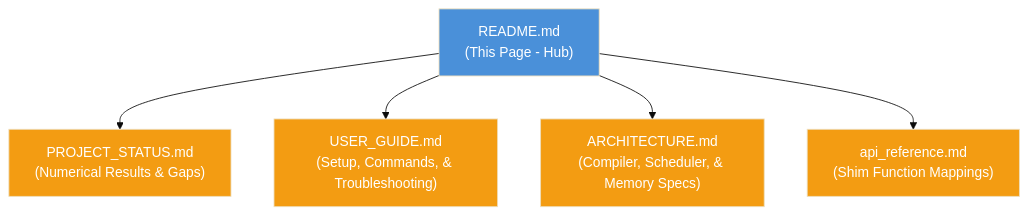
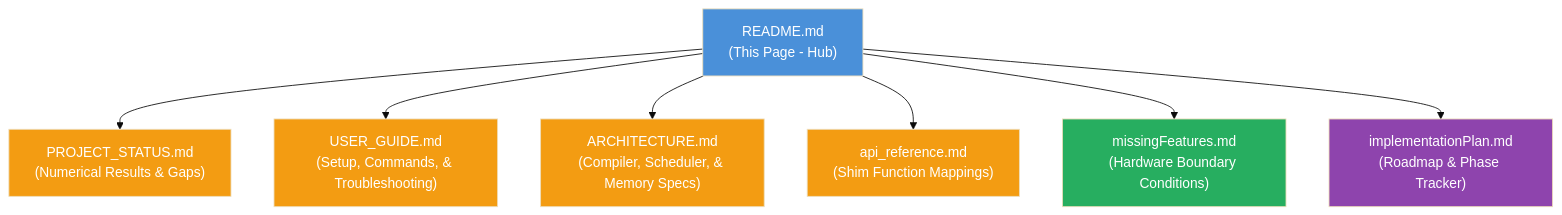
The diagram in docs/README.md (etienne0114/vgre), drawn with Mermaid (base theme) before and after one commit. The commit also changed other lines of this file and 16 other files, not shown here.

````diff
--- a/docs/README.md
+++ b/docs/README.md
@@ -11,13 +11,17 @@
 ```mermaid
 graph TD
     A["README.md\n(This Page - Hub)"] --> B["PROJECT_STATUS.md\n(Numerical Results & Gaps)"]
     A --> C["USER_GUIDE.md\n(Setup, Commands, & Troubleshooting)"]
     A --> D["ARCHITECTURE.md\n(Compiler, Scheduler, & Memory Specs)"]
     A --> E["api_reference.md\n(Shim Function Mappings)"]
+    A --> F["missingFeatures.md\n(Hardware Boundary Conditions)"]
+    A --> G["implementationPlan.md\n(Roadmap & Phase Tracker)"]
 
     style A fill:#4a90d9,color:#fff
     style B fill:#f39c12,color:#fff
     style C fill:#f39c12,color:#fff
     style D fill:#f39c12,color:#fff
     style E fill:#f39c12,color:#fff
+    style F fill:#27ae60,color:#fff
+    style G fill:#8e44ad,color:#fff
 ```
````
